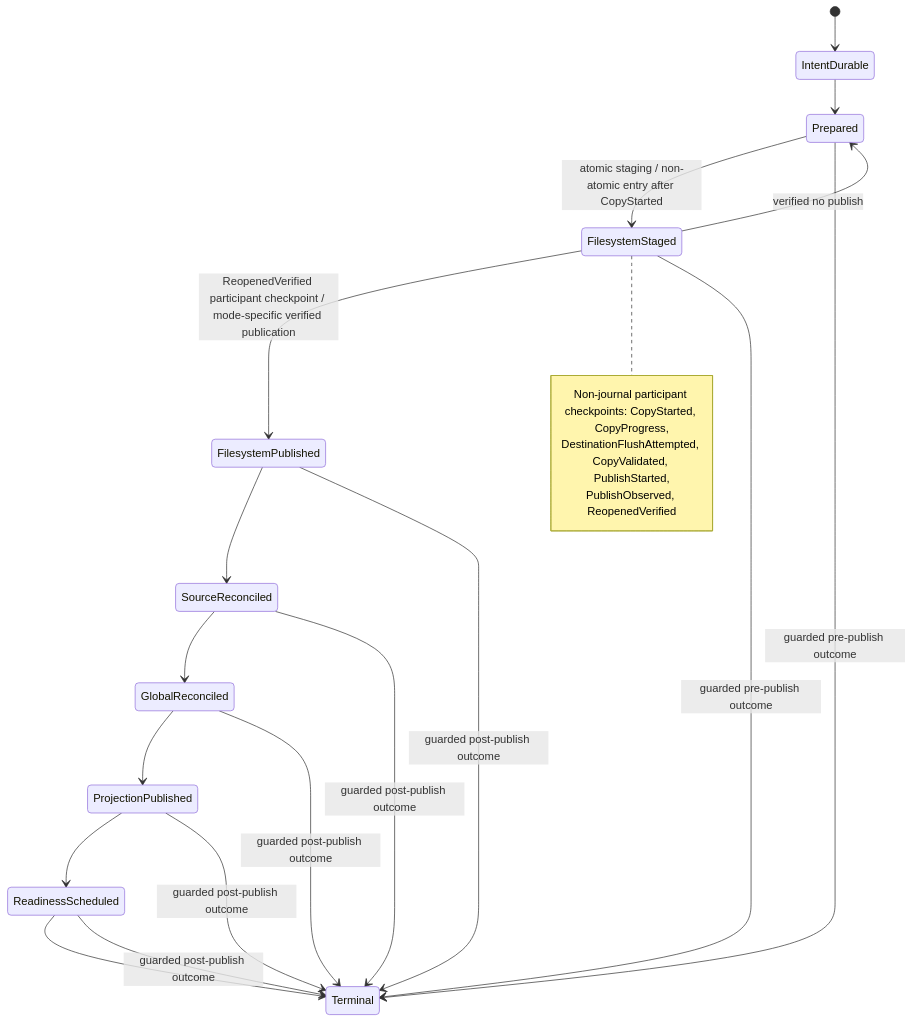
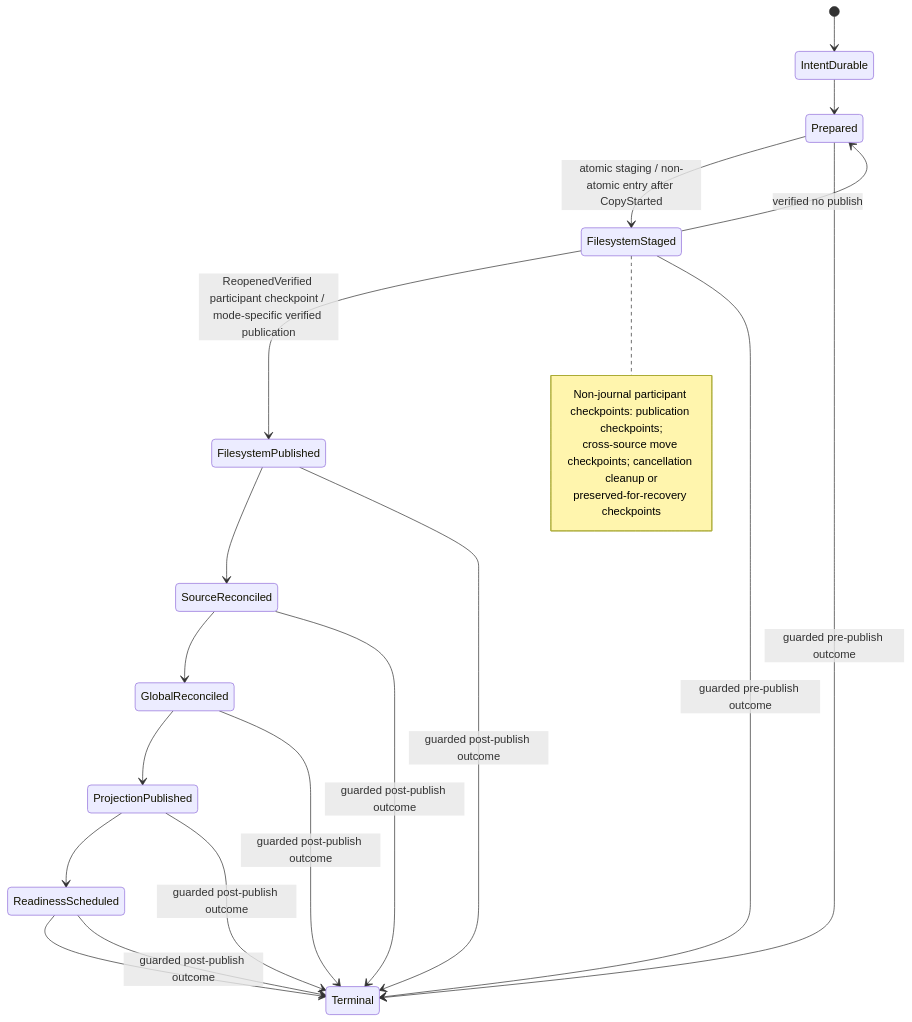
The diagram in docs/IO_ARCHITECTURE_TARGET.md (PORTALSURFER/sempal), drawn with Mermaid before and after one commit. The commit also changed other lines of this file, not shown here.

Commit message:
docs: close io architecture recovery review findings

````diff
--- a/docs/IO_ARCHITECTURE_TARGET.md
+++ b/docs/IO_ARCHITECTURE_TARGET.md
@@ -450,25 +520,25 @@
 ```mermaid
 stateDiagram-v2
     [*] --> IntentDurable
     IntentDurable --> Prepared
     Prepared --> FilesystemStaged : atomic staging / non-atomic entry after CopyStarted
     FilesystemStaged --> Prepared : verified no publish
     FilesystemStaged --> FilesystemPublished : ReopenedVerified participant checkpoint / mode-specific verified publication
     note right of FilesystemStaged
-        Non-journal participant checkpoints: CopyStarted, CopyProgress,
-        DestinationFlushAttempted, CopyValidated, PublishStarted,
-        PublishObserved, ReopenedVerified
+        Non-journal participant checkpoints: publication checkpoints;
+        cross-source move checkpoints; cancellation cleanup or
+        preserved-for-recovery checkpoints
     end note
     FilesystemPublished --> SourceReconciled
     SourceReconciled --> GlobalReconciled
     GlobalReconciled --> ProjectionPublished
     ProjectionPublished --> ReadinessScheduled
     ReadinessScheduled --> Terminal
     Prepared --> Terminal : guarded pre-publish outcome
     FilesystemStaged --> Terminal : guarded pre-publish outcome
     FilesystemPublished --> Terminal : guarded post-publish outcome
     SourceReconciled --> Terminal : guarded post-publish outcome
     GlobalReconciled --> Terminal : guarded post-publish outcome
     ProjectionPublished --> Terminal : guarded post-publish outcome
     ReadinessScheduled --> Terminal : guarded post-publish outcome
 ```
````
